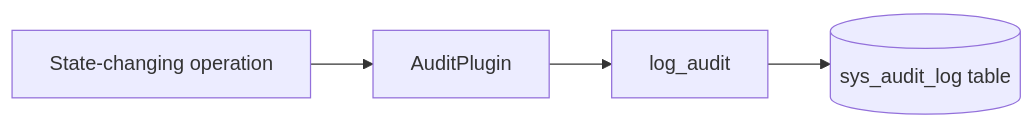
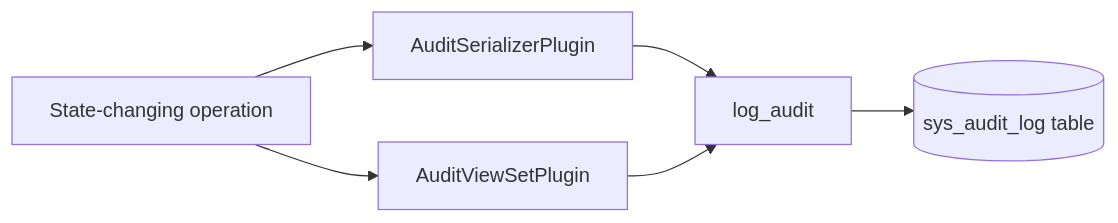
The diagram in apps/sys_audit/README.md (camercadop/drf-enterprise-information-platform), drawn with Mermaid before and after one commit. The commit also changed other lines of this file and 27 other files, not shown here.

Commit message:
refactor(plugins): consolidate plugin base classes, rename AuditPlugin to AuditSerializerPlugin, add AuditViewSetPlugin, move IsTenantAdmin and update settings

````diff
--- a/apps/sys_audit/README.md
+++ b/apps/sys_audit/README.md
@@ -11,6 +11,8 @@
 ```mermaid
 graph LR
-    Op[State-changing operation] --> Plugin[AuditPlugin]
-    Plugin --> Helper[log_audit]
+    Op[State-changing operation] --> SerPlugin[AuditSerializerPlugin]
+    SerPlugin --> Helper[log_audit]
+    Op --> ViewPlugin[AuditViewSetPlugin]
+    ViewPlugin --> Helper
     Helper --> DB[(sys_audit_log table)]
 ```
````
